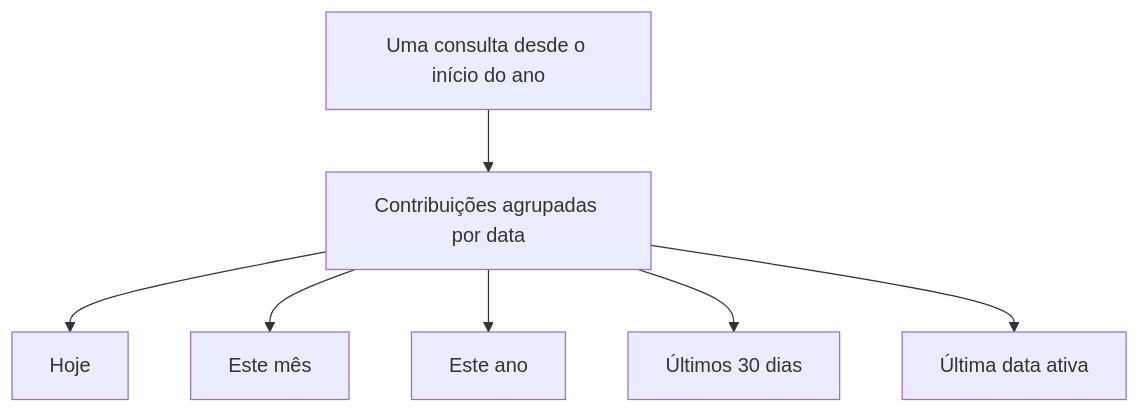
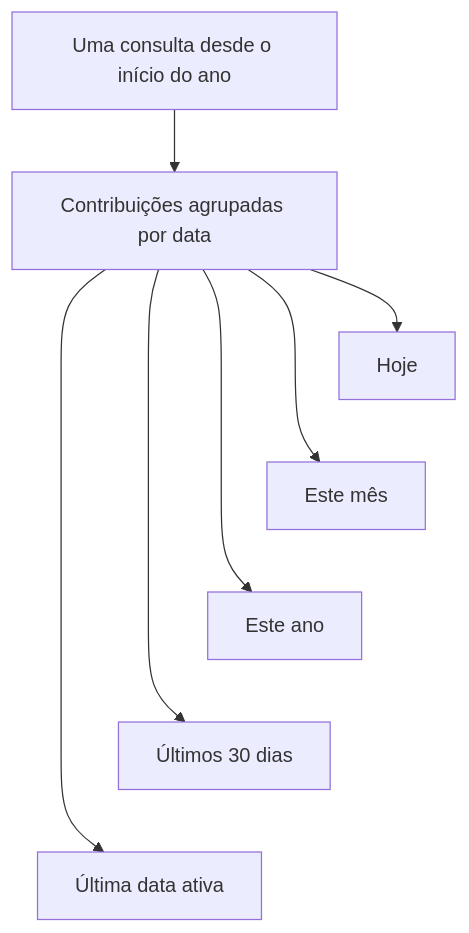
One commit to ErickCReis/ErickCReis changed the second of 2 diagrams in web/content/blog/personal-telemetry-from-spotify-and-github.pt-BR.mdx. Above: the diagram before and after it, drawn with Mermaid. The commit also changed other lines of this file and 21 other files, not shown here.

First line of the commit message:
Improve Mermaid diagram readability across blog posts

````diff
--- a/web/content/blog/personal-telemetry-from-spotify-and-github.pt-BR.mdx
+++ b/web/content/blog/personal-telemetry-from-spotify-and-github.pt-BR.mdx
@@ -63,9 +65,10 @@
 ```mermaid center
 flowchart TB
   Query["Uma consulta desde o início do ano"] --> Days["Contribuições agrupadas por data"]
   Days --> Today["Hoje"]
   Days --> Month["Este mês"]
   Days --> Year["Este ano"]
   Days --> Window["Últimos 30 dias"]
   Days --> Last["Última data ativa"]
+  Today ~~~ Month ~~~ Year ~~~ Window ~~~ Last
 ```
````
